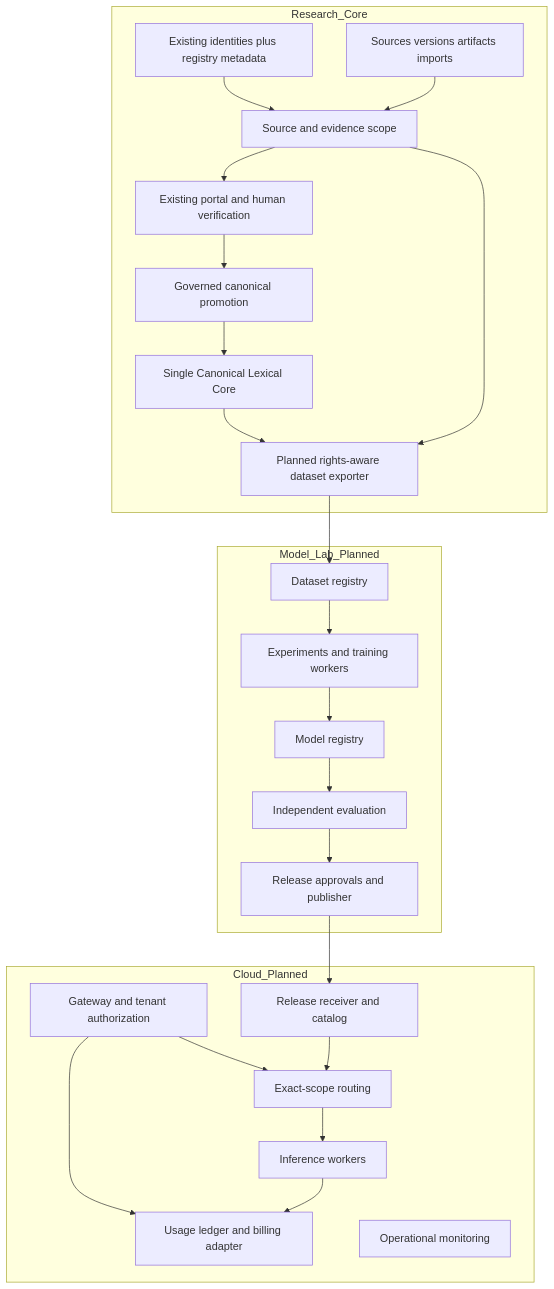
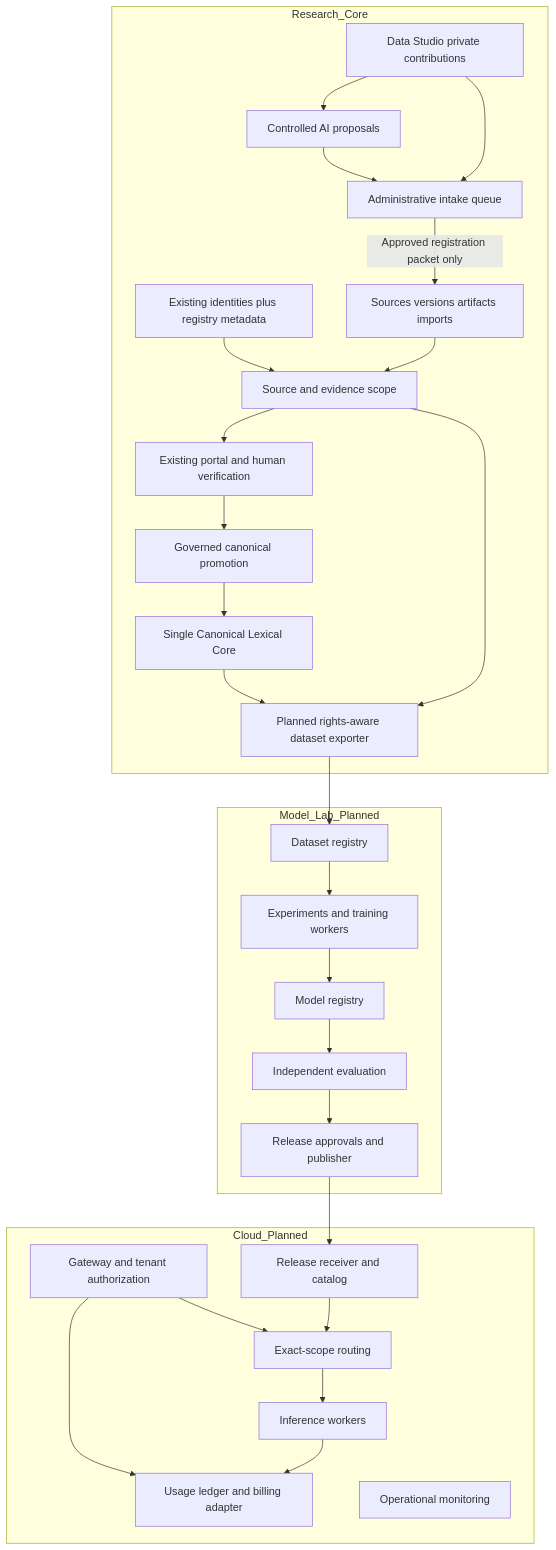
Before and after one commit to Global-Data-Science-Institute/project-tafsiri: the second of 4 diagrams in docs/architecture/tafsiri-platform-reference-architecture-001.md, drawn with Mermaid. The commit also changed other lines of this file and 8 other files, not shown here.

Commit message:
docs: add Data Studio collection and AI assistance architecture

````diff
--- a/docs/architecture/tafsiri-platform-reference-architecture-001.md
+++ b/docs/architecture/tafsiri-platform-reference-architecture-001.md
@@ -40,28 +41,32 @@
 ```mermaid
 flowchart TB
   subgraph Research_Core
+    DS[Data Studio private contributions] --> AI[Controlled AI proposals]
+    AI --> IQ[Administrative intake queue]
+    DS --> IQ
+    IQ -->|Approved registration packet only| S
     I[Existing identities plus registry metadata] --> E[Source and evidence scope]
     S[Sources versions artifacts imports] --> E
     E --> H[Existing portal and human verification]
     H --> Q[Governed canonical promotion]
     Q --> K[Single Canonical Lexical Core]
     K --> D[Planned rights-aware dataset exporter]
     E --> D
   end
   subgraph Model_Lab_Planned
     D --> DR[Dataset registry]
     DR --> X[Experiments and training workers]
     X --> M[Model registry]
     M --> EV[Independent evaluation]
     EV --> REL[Release approvals and publisher]
   end
   subgraph Cloud_Planned
     REL --> RC[Release receiver and catalog]
     API[Gateway and tenant authorization] --> RT[Exact-scope routing]
     RC --> RT
     RT --> INF[Inference workers]
     API --> US[Usage ledger and billing adapter]
     INF --> US
     OBS[Operational monitoring]
   end
 ```
````
